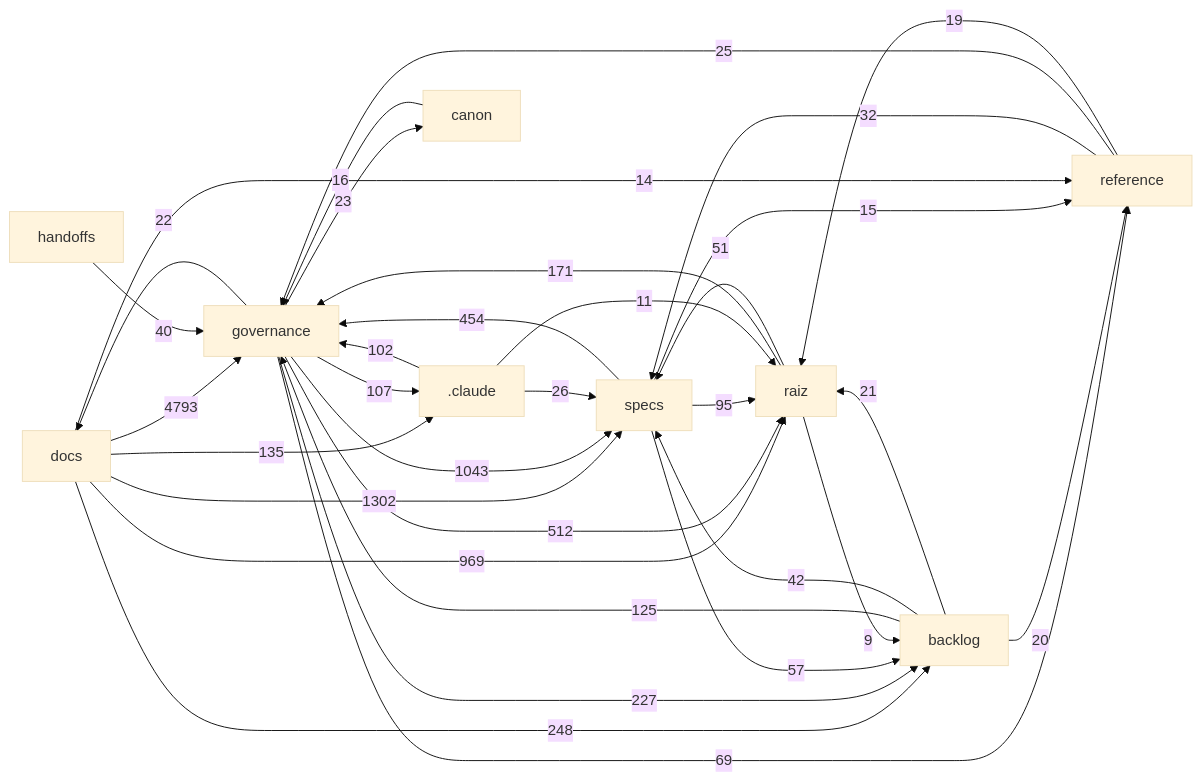
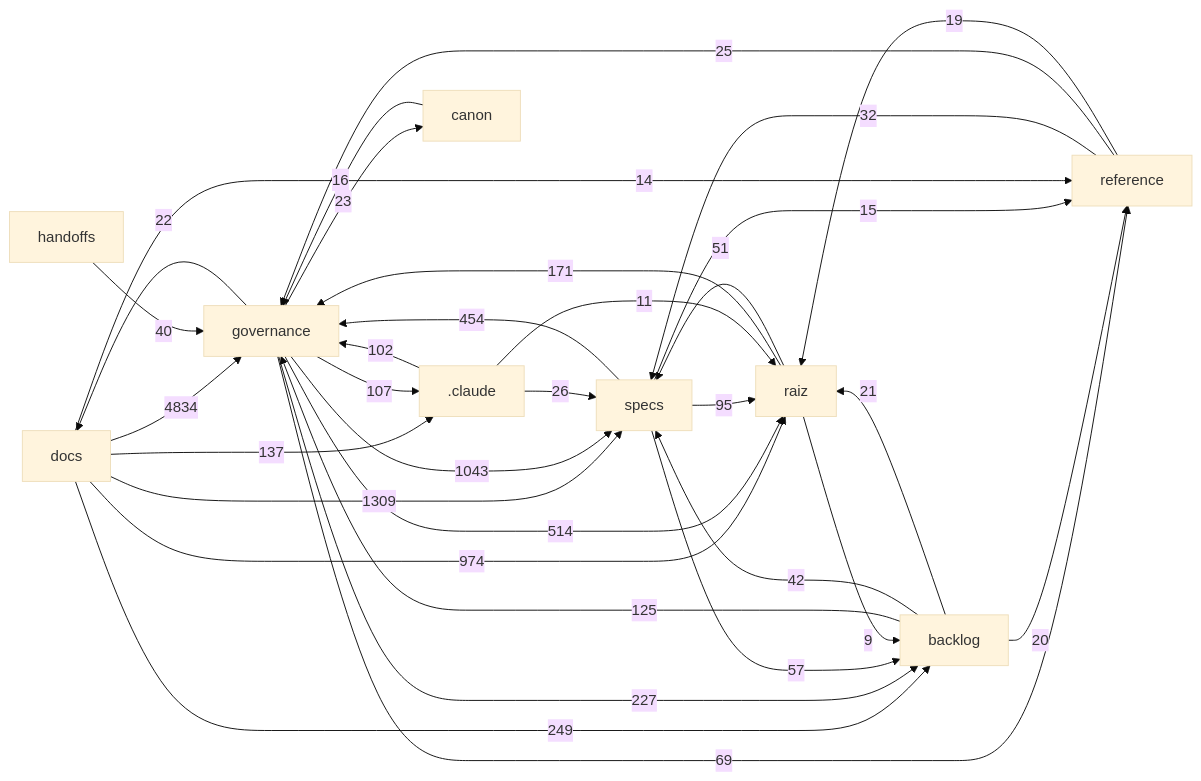
One commit to Andraus35/Sistema-Operacional-de-Trading--SOT changed the diagram in docs/mapa/MAPA-PROJETO.md. Above: the diagram before and after it, drawn with Mermaid (base theme). The commit also changed other lines of this file and 10 other files, not shown here.

````diff
--- a/docs/mapa/MAPA-PROJETO.md
+++ b/docs/mapa/MAPA-PROJETO.md
@@ -30,35 +30,35 @@
 ```mermaid
 flowchart LR
-  docs["docs"] -->|4793| governance["governance"]
-  docs["docs"] -->|1302| specs["specs"]
+  docs["docs"] -->|4834| governance["governance"]
+  docs["docs"] -->|1309| specs["specs"]
   governance["governance"] -->|1043| specs["specs"]
-  docs["docs"] -->|969| raiz["raiz"]
-  governance["governance"] -->|512| raiz["raiz"]
+  docs["docs"] -->|974| raiz["raiz"]
+  governance["governance"] -->|514| raiz["raiz"]
   specs["specs"] -->|454| governance["governance"]
-  docs["docs"] -->|248| backlog["backlog"]
+  docs["docs"] -->|249| backlog["backlog"]
   governance["governance"] -->|227| backlog["backlog"]
   raiz["raiz"] -->|171| governance["governance"]
-  docs["docs"] -->|135| _claude[".claude"]
+  docs["docs"] -->|137| _claude[".claude"]
   backlog["backlog"] -->|125| governance["governance"]
   governance["governance"] -->|107| _claude[".claude"]
   _claude[".claude"] -->|102| governance["governance"]
   specs["specs"] -->|95| raiz["raiz"]
   governance["governance"] -->|69| reference["reference"]
   specs["specs"] -->|57| backlog["backlog"]
   raiz["raiz"] -->|51| specs["specs"]
   backlog["backlog"] -->|42| specs["specs"]
   handoffs["handoffs"] -->|40| governance["governance"]
   reference["reference"] -->|32| specs["specs"]
   _claude[".claude"] -->|26| specs["specs"]
   reference["reference"] -->|25| governance["governance"]
   governance["governance"] -->|23| canon["canon"]
   governance["governance"] -->|22| docs["docs"]
   backlog["backlog"] -->|21| raiz["raiz"]
   backlog["backlog"] -->|20| reference["reference"]
   reference["reference"] -->|19| raiz["raiz"]
   canon["canon"] -->|16| governance["governance"]
   specs["specs"] -->|15| reference["reference"]
   docs["docs"] -->|14| reference["reference"]
   _claude[".claude"] -->|11| raiz["raiz"]
   raiz["raiz"] -->|9| backlog["backlog"]
 ```
````
